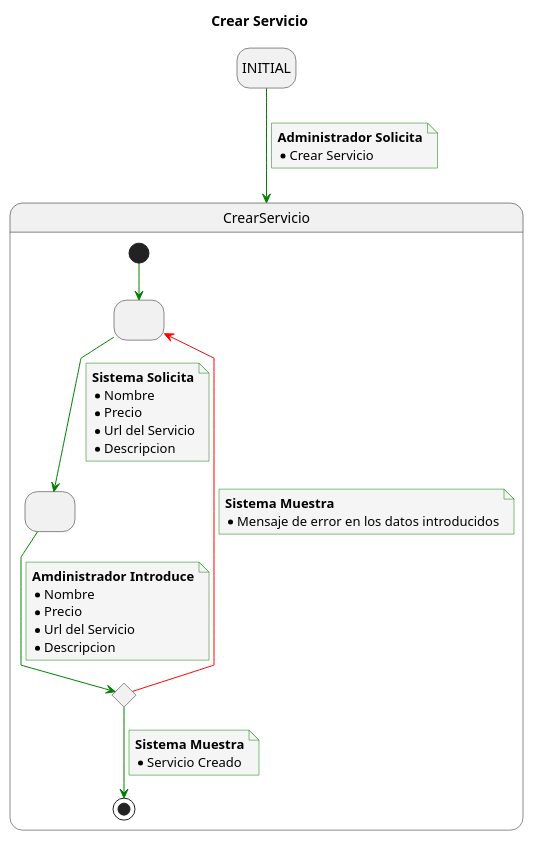
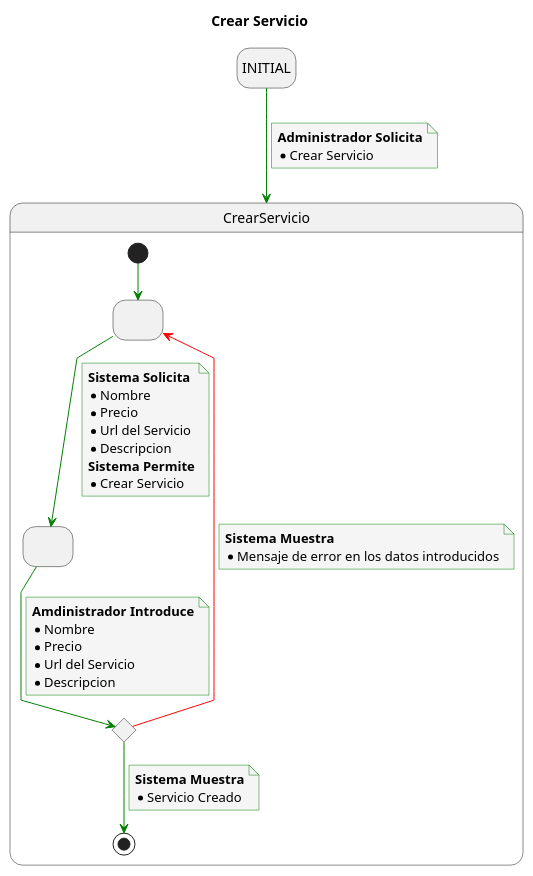
Before and after one commit to mmasias/23-24-IdSw1-SDR: the diagram in Caso_de_Uso/Casos_de_Uso/Administrador/CRUD_Servicio/Crear_Servicio/Caso_de_Uso.puml, drawn with PlantUML. The commit also changed 6 other files, not shown here.

Commit message:
Update service use case diagrams

```diff
--- a/Caso_de_Uso/Casos_de_Uso/Administrador/CRUD_Servicio/Crear_Servicio/Caso_de_Uso.puml
+++ b/Caso_de_Uso/Casos_de_Uso/Administrador/CRUD_Servicio/Crear_Servicio/Caso_de_Uso.puml
@@ -1,61 +1,63 @@
 @startuml
 
 title Crear Servicio
 
 skinparam {
     NoteBackgroundColor #whiteSmoke
     ArrowColor #green
     NoteBorderColor #green
     linetype polyline
 }
 
 hide empty description
 
 state startState as "INITIAL"
 
 startState --> CrearServicio
 note on link
     <b>Administrador Solicita</b>
     * Crear Servicio
 end note
 
 state CrearServicio {
 state 2 as " "
 state 3 as " "
 state 4 <<choice>>
 
 [*] -down-> 2
 
 2 -down-> 3
 note on link
 <b>Sistema Solicita</b>
 * Nombre
 * Precio
 * Url del Servicio
 * Descripcion
+<b>Sistema Permite</b>
+* Crear Servicio
 end note
 
 3 -down-> 4
 note on link
 <b>Amdinistrador Introduce</b>
 * Nombre
 * Precio
 * Url del Servicio
 * Descripcion
 end note
 
 4 -down-> [*]
 note on link
 <b>Sistema Muestra</b>
 * Servicio Creado
 end note
 
 4 -[#red]-> 2
 note on link
 <b>Sistema Muestra</b>
 * Mensaje de error en los datos introducidos
 end note
 
 }
 
 @enduml
```
